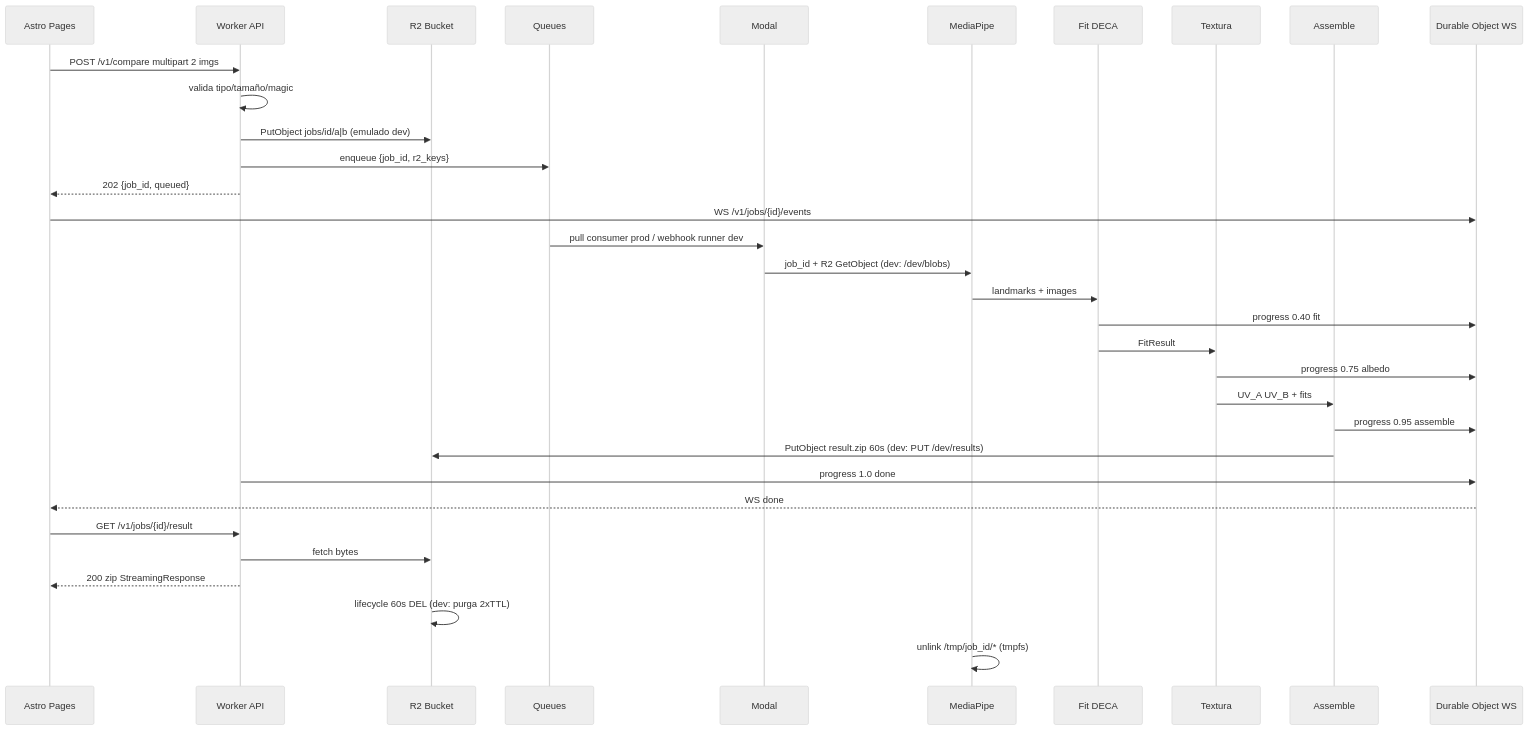
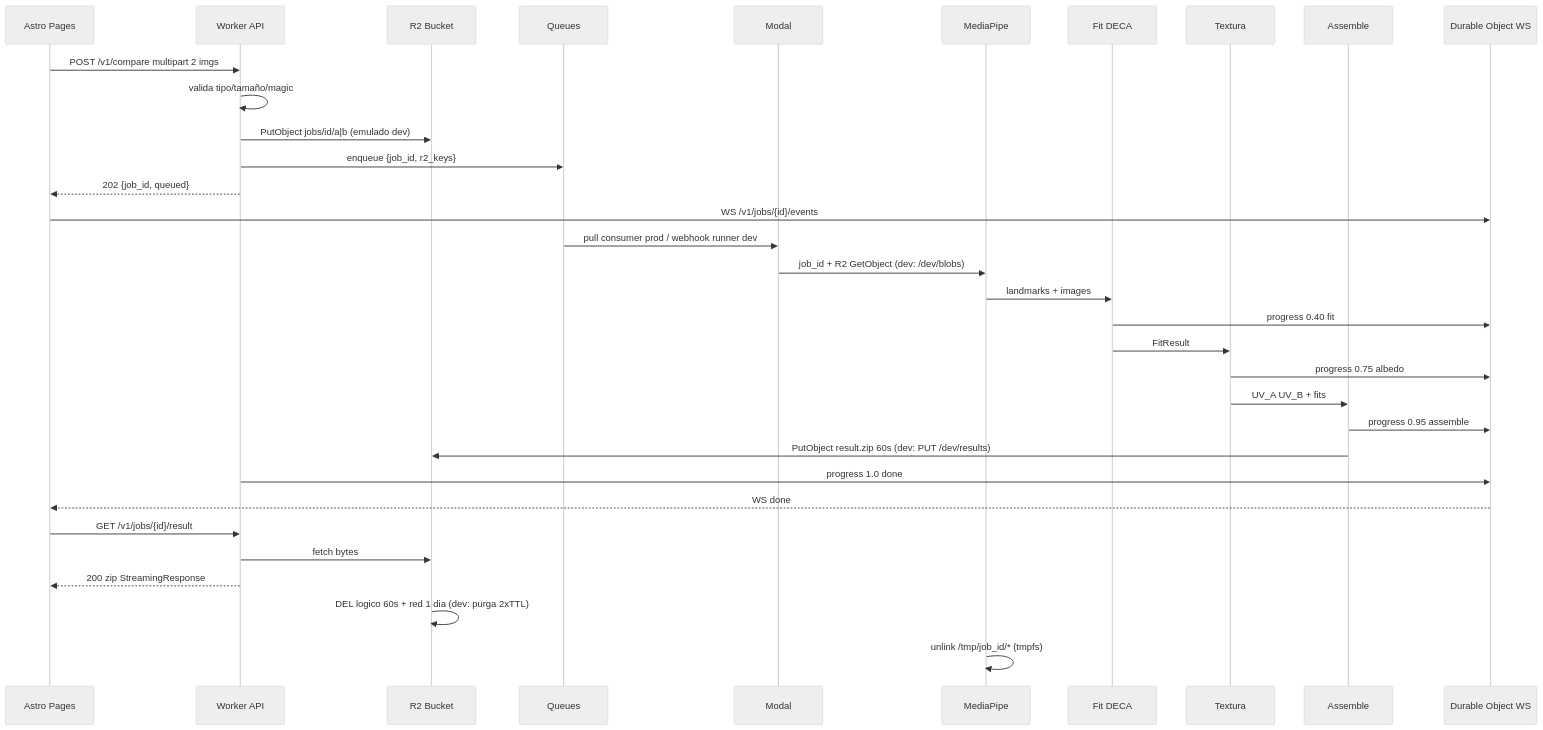
Before and after one commit to dinoesau/vultus: the fourth of 4 diagrams in PIPELINE.md, drawn with Mermaid (neutral theme). The commit also changed other lines of this file and 10 other files, not shown here.

First line of the commit message:
feat(infra): regla lifecycle R2 1 dia versionada en prod+preview

````diff
--- a/PIPELINE.md
+++ b/PIPELINE.md
@@ -87,35 +87,35 @@
 ```mermaid
 sequenceDiagram
     participant FE as Astro Pages
     participant CF as Worker API
     participant R2 as R2 Bucket
     participant Q as Queues
     participant MO as Modal
     participant W1 as MediaPipe
     participant W2 as Fit DECA
     participant W3 as Textura
     participant W4 as Assemble
     participant DO as Durable Object WS
     FE->>CF: POST /v1/compare multipart 2 imgs
     CF->>CF: valida tipo/tamaño/magic
     CF->>R2: PutObject jobs/id/a|b (emulado dev)
     CF->>Q: enqueue {job_id, r2_keys}
     CF-->>FE: 202 {job_id, queued}
     FE->>DO: WS /v1/jobs/{id}/events
     Q->>MO: pull consumer prod / webhook runner dev
     MO->>W1: job_id + R2 GetObject (dev: /dev/blobs)
     W1->>W2: landmarks + images
     W2->>DO: progress 0.40 fit
     W2->>W3: FitResult
     W3->>DO: progress 0.75 albedo
     W3->>W4: UV_A UV_B + fits
     W4->>DO: progress 0.95 assemble
     W4->>R2: PutObject result.zip 60s (dev: PUT /dev/results)
     CF->>DO: progress 1.0 done
     DO-->>FE: WS done
     FE->>CF: GET /v1/jobs/{id}/result
     CF->>R2: fetch bytes
     CF-->>FE: 200 zip StreamingResponse
-    R2->>R2: lifecycle 60s DEL (dev: purga 2xTTL)
+    R2->>R2: DEL logico 60s + red 1 dia (dev: purga 2xTTL)
     W1->>W1: unlink /tmp/job_id/* (tmpfs)
 ```
````
